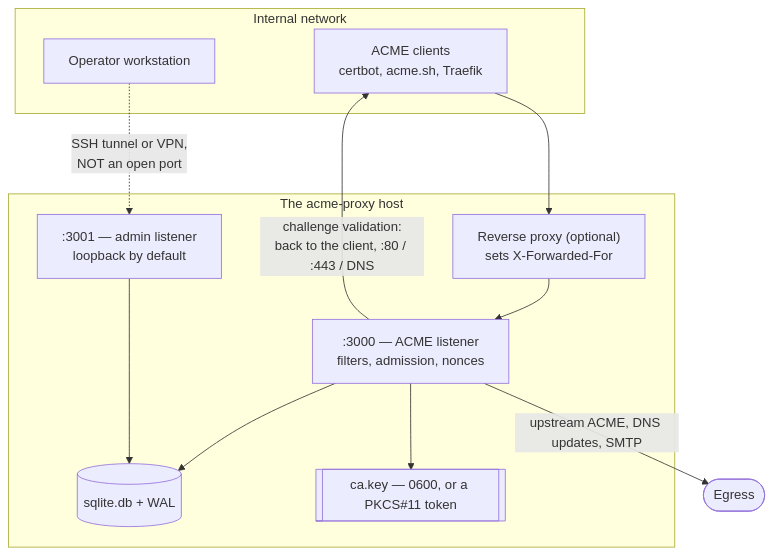
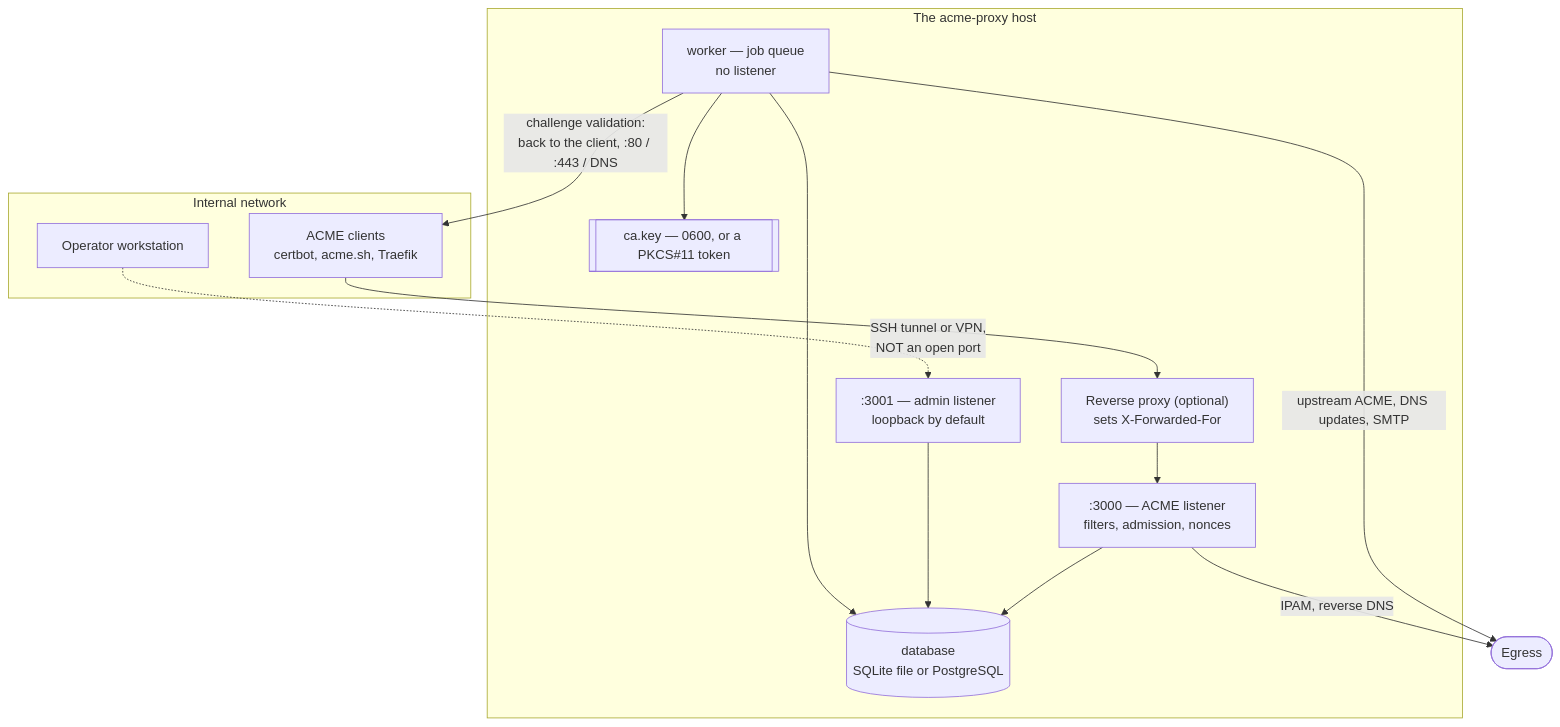
Before and after one commit to acme-proxy/acme-proxy: the diagram in doc/src/getting_started/deployment.md, drawn with Mermaid. The commit also changed other lines of this file and 21 other files, not shown here.

````diff
--- a/doc/src/getting_started/deployment.md
+++ b/doc/src/getting_started/deployment.md
@@ -28,24 +28,27 @@
 ```mermaid
 graph TD
     subgraph internal["Internal network"]
         CLIENTS["ACME clients<br/>certbot, acme.sh, Traefik"]
         OPS["Operator workstation"]
     end
 
     subgraph host["The acme-proxy host"]
         RP["Reverse proxy (optional)<br/>sets X-Forwarded-For"]
         ACME[":3000 — ACME listener<br/>filters, admission, nonces"]
         ADMIN[":3001 — admin listener<br/>loopback by default"]
-        DB[("sqlite.db + WAL")]
+        WORKER["worker — job queue<br/>no listener"]
+        DB[("database<br/>SQLite file or PostgreSQL")]
         CAKEY[["ca.key — 0600, or a PKCS#11 token"]]
     end
 
     CLIENTS --> RP --> ACME
     OPS -.->|"SSH tunnel or VPN,<br/>NOT an open port"| ADMIN
     ACME --> DB
     ADMIN --> DB
-    ACME --> CAKEY
+    WORKER --> DB
+    WORKER --> CAKEY
 
-    ACME -->|"challenge validation:<br/>back to the client, :80 / :443 / DNS"| CLIENTS
-    ACME -->|"upstream ACME, DNS updates, SMTP"| OUT(["Egress"])
+    WORKER -->|"challenge validation:<br/>back to the client, :80 / :443 / DNS"| CLIENTS
+    WORKER -->|"upstream ACME, DNS updates, SMTP"| OUT(["Egress"])
+    ACME -->|"IPAM, reverse DNS"| OUT
 ```
````
